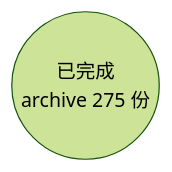
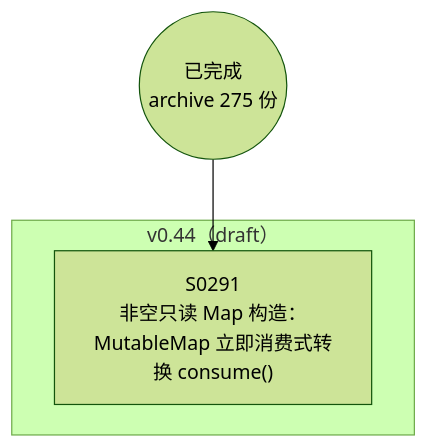
One commit to Halckon/Koven changed the diagram in docs/specs/dependency-graph.md. Above: the diagram before and after it, drawn with Mermaid (forest theme). The commit also changed other lines of this file and 7 other files, not shown here.

````diff
--- a/docs/specs/dependency-graph.md
+++ b/docs/specs/dependency-graph.md
@@ -9,4 +9,8 @@
 ```mermaid
 flowchart TD
 ARCH(("已完成<br/>archive 275 份"))
+subgraph Gdrafts_v044["v0.44（draft）"]
+  S0291["S0291<br/>非空只读 Map 构造：MutableMap 立即消费式转换 consume()"]
+end
+ARCH --> S0291
 ```
````
